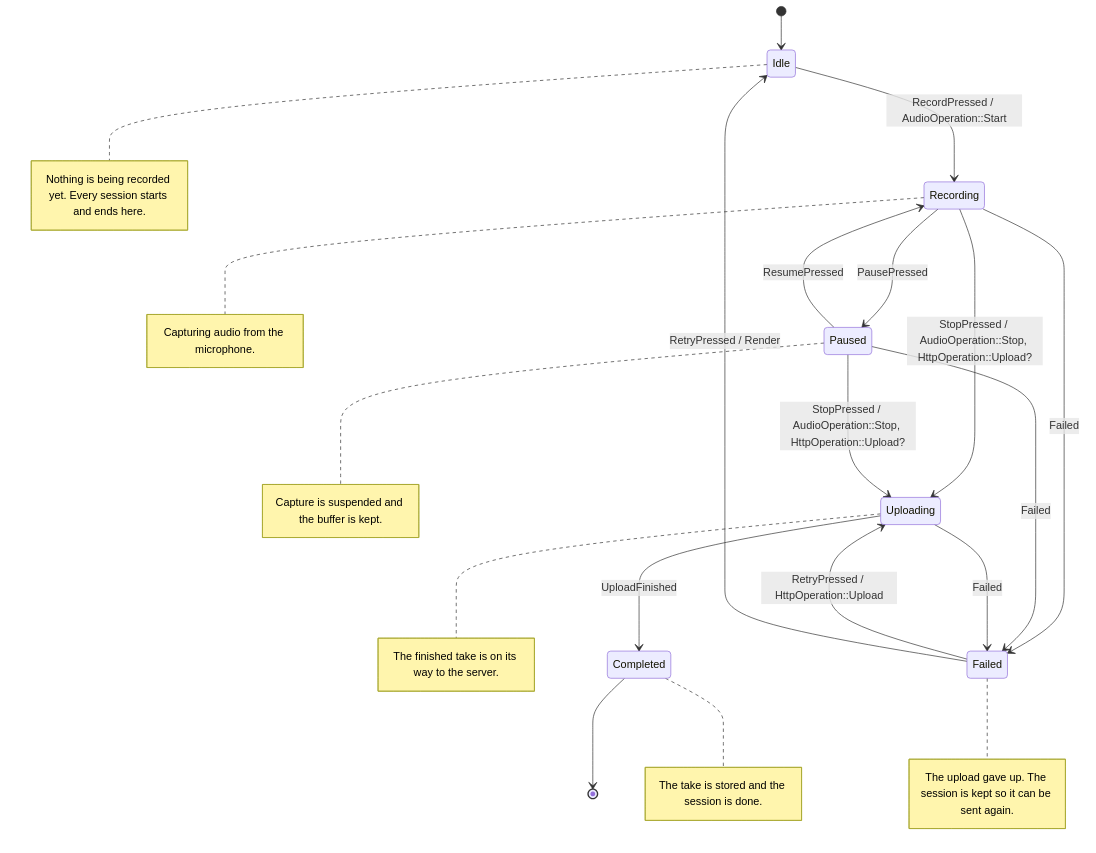
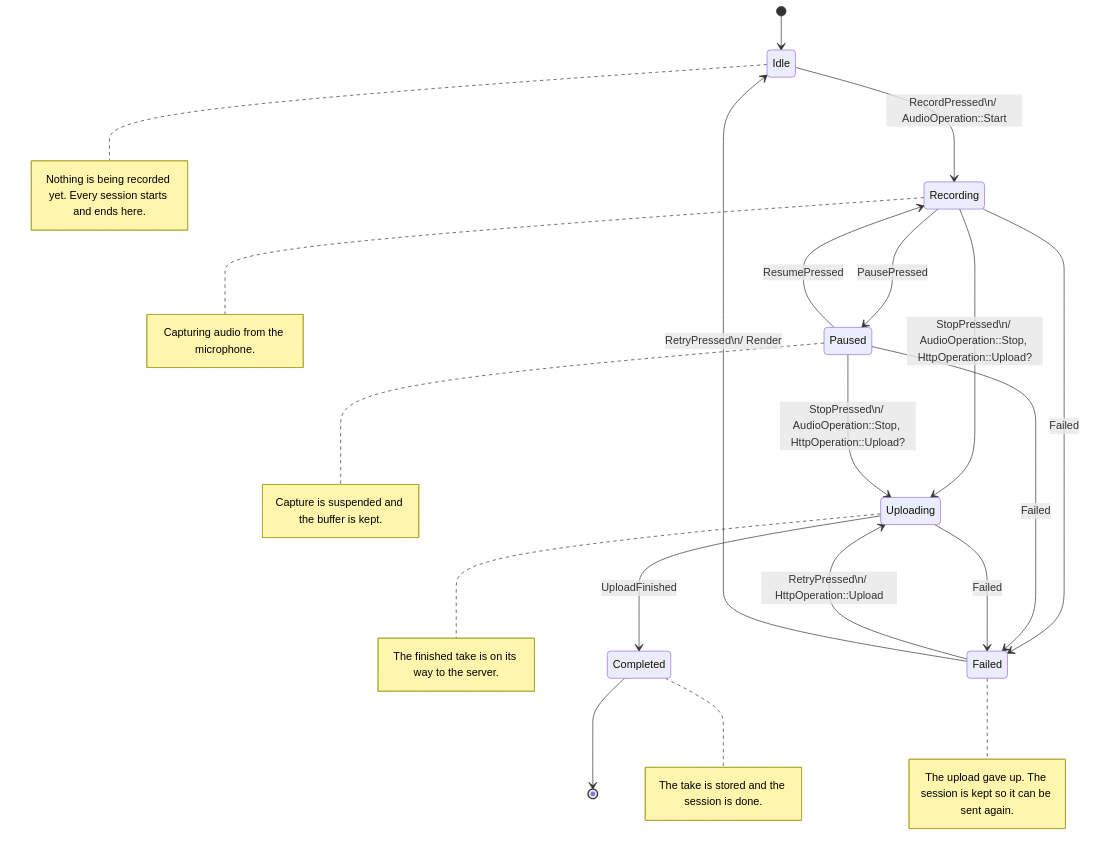
Before and after one commit to josecleiton/crux_analyzer: the first of 2 diagrams in docs/examples/mini-recorder.md, drawn with Mermaid. The commit also changed 2 other files, not shown here.

Commit message:
chore: update docs/examples to match new statechart format

````diff
--- a/docs/examples/mini-recorder.md
+++ b/docs/examples/mini-recorder.md
@@ -10,22 +10,22 @@
 ```mermaid
 stateDiagram-v2
-    Idle --> Recording: RecordPressed / AudioOperation#58;#58;Start
+    Idle --> Recording: RecordPressed\n/ AudioOperation#58;#58;Start
     Recording --> Paused: PausePressed
     Paused --> Recording: ResumePressed
-    Recording --> Uploading: StopPressed / AudioOperation#58;#58;Stop, HttpOperation#58;#58;Upload?
-    Paused --> Uploading: StopPressed / AudioOperation#58;#58;Stop, HttpOperation#58;#58;Upload?
+    Recording --> Uploading: StopPressed\n/ AudioOperation#58;#58;Stop, HttpOperation#58;#58;Upload?
+    Paused --> Uploading: StopPressed\n/ AudioOperation#58;#58;Stop, HttpOperation#58;#58;Upload?
     Uploading --> Completed: UploadFinished
-    Failed --> Uploading: RetryPressed / HttpOperation#58;#58;Upload
-    Failed --> Idle: RetryPressed / Render
+    Failed --> Uploading: RetryPressed\n/ HttpOperation#58;#58;Upload
+    Failed --> Idle: RetryPressed\n/ Render
     Recording --> Failed: Failed
     Paused --> Failed: Failed
     Uploading --> Failed: Failed
     [*] --> Idle
     Completed --> [*]
     note right of Idle : Nothing is being recorded yet. Every session starts and ends here.
     note right of Recording : Capturing audio from the microphone.
     note right of Paused : Capture is suspended and the buffer is kept.
     note right of Uploading : The finished take is on its way to the server.
     note right of Completed : The take is stored and the session is done.
     note right of Failed : The upload gave up. The session is kept so it can be sent again.
 ```
````
